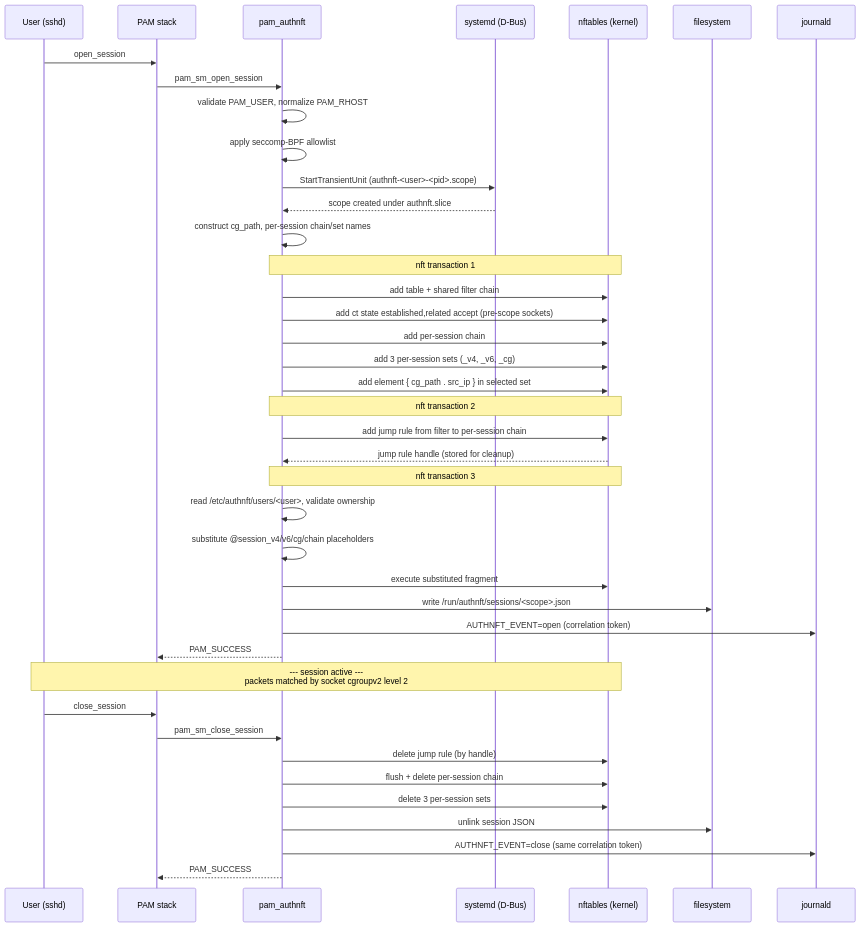
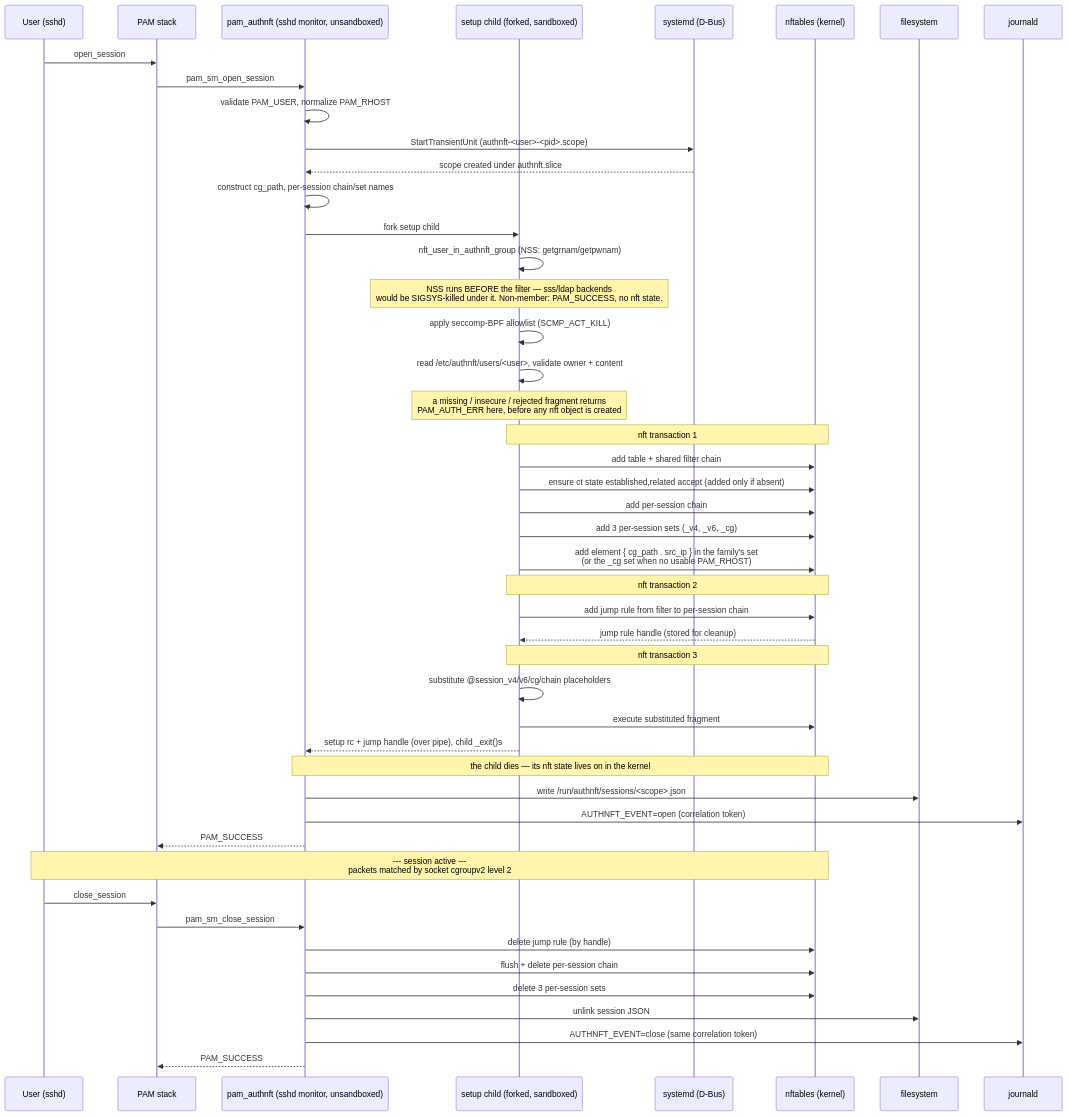
Before and after one commit to Strykar/pam_authnft: the first of 3 diagrams in README.md, drawn with Mermaid. The commit also changed other lines of this file and 5 other files, not shown here.

````diff
--- a/README.md
+++ b/README.md
@@ -95,49 +95,58 @@
 ```mermaid
 sequenceDiagram
     participant U as User (sshd)
     participant P as PAM stack
-    participant A as pam_authnft
+    participant A as pam_authnft (sshd monitor, unsandboxed)
+    participant C as setup child (forked, sandboxed)
     participant D as systemd (D-Bus)
     participant N as nftables (kernel)
     participant F as filesystem
     participant J as journald
 
     U->>P: open_session
     P->>A: pam_sm_open_session
     A->>A: validate PAM_USER, normalize PAM_RHOST
-    A->>A: apply seccomp-BPF allowlist
     A->>D: StartTransientUnit (authnft-<user>-<pid>.scope)
     D-->>A: scope created under authnft.slice
     A->>A: construct cg_path, per-session chain/set names
 
-    Note over A,N: nft transaction 1
-    A->>N: add table + shared filter chain
-    A->>N: add ct state established,related accept (pre-scope sockets)
-    A->>N: add per-session chain
-    A->>N: add 3 per-session sets (_v4, _v6, _cg)
-    A->>N: add element { cg_path . src_ip } in selected set
+    A->>C: fork setup child
+    C->>C: nft_user_in_authnft_group (NSS: getgrnam/getpwnam)
+    Note over C: NSS runs BEFORE the filter — sss/ldap backends<br/>would be SIGSYS-killed under it. Non-member: PAM_SUCCESS, no nft state.
+    C->>C: apply seccomp-BPF allowlist (SCMP_ACT_KILL)
+    C->>C: read /etc/authnft/users/<user>, validate owner + content
+    Note over C: a missing / insecure / rejected fragment returns<br/>PAM_AUTH_ERR here, before any nft object is created
 
-    Note over A,N: nft transaction 2
-    A->>N: add jump rule from filter to per-session chain
-    N-->>A: jump rule handle (stored for cleanup)
+    Note over C,N: nft transaction 1
+    C->>N: add table + shared filter chain
+    C->>N: ensure ct state established,related accept (added only if absent)
+    C->>N: add per-session chain
+    C->>N: add 3 per-session sets (_v4, _v6, _cg)
+    C->>N: add element { cg_path . src_ip } in the family's set<br/>(or the _cg set when no usable PAM_RHOST)
 
-    Note over A,N: nft transaction 3
-    A->>A: read /etc/authnft/users/<user>, validate ownership
-    A->>A: substitute @session_v4/v6/cg/chain placeholders
-    A->>N: execute substituted fragment
+    Note over C,N: nft transaction 2
+    C->>N: add jump rule from filter to per-session chain
+    N-->>C: jump rule handle (stored for cleanup)
+
+    Note over C,N: nft transaction 3
+    C->>C: substitute @session_v4/v6/cg/chain placeholders
+    C->>N: execute substituted fragment
+
+    C-->>A: setup rc + jump handle (over pipe), child _exit()s
+    Note over A,N: the child dies — its nft state lives on in the kernel
 
     A->>F: write /run/authnft/sessions/<scope>.json
     A->>J: AUTHNFT_EVENT=open (correlation token)
     A-->>P: PAM_SUCCESS
 
     Note over U,N: --- session active ---<br/>packets matched by socket cgroupv2 level 2
 
     U->>P: close_session
     P->>A: pam_sm_close_session
     A->>N: delete jump rule (by handle)
     A->>N: flush + delete per-session chain
     A->>N: delete 3 per-session sets
     A->>F: unlink session JSON
     A->>J: AUTHNFT_EVENT=close (same correlation token)
     A-->>P: PAM_SUCCESS
 ```
````
